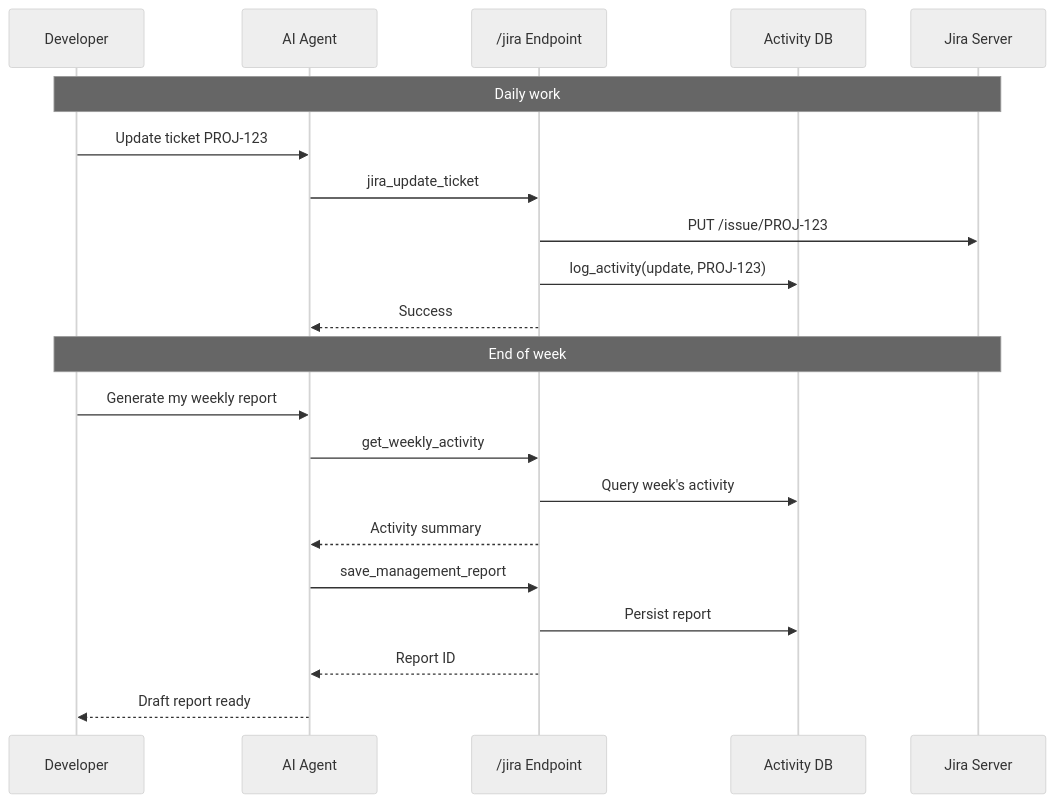
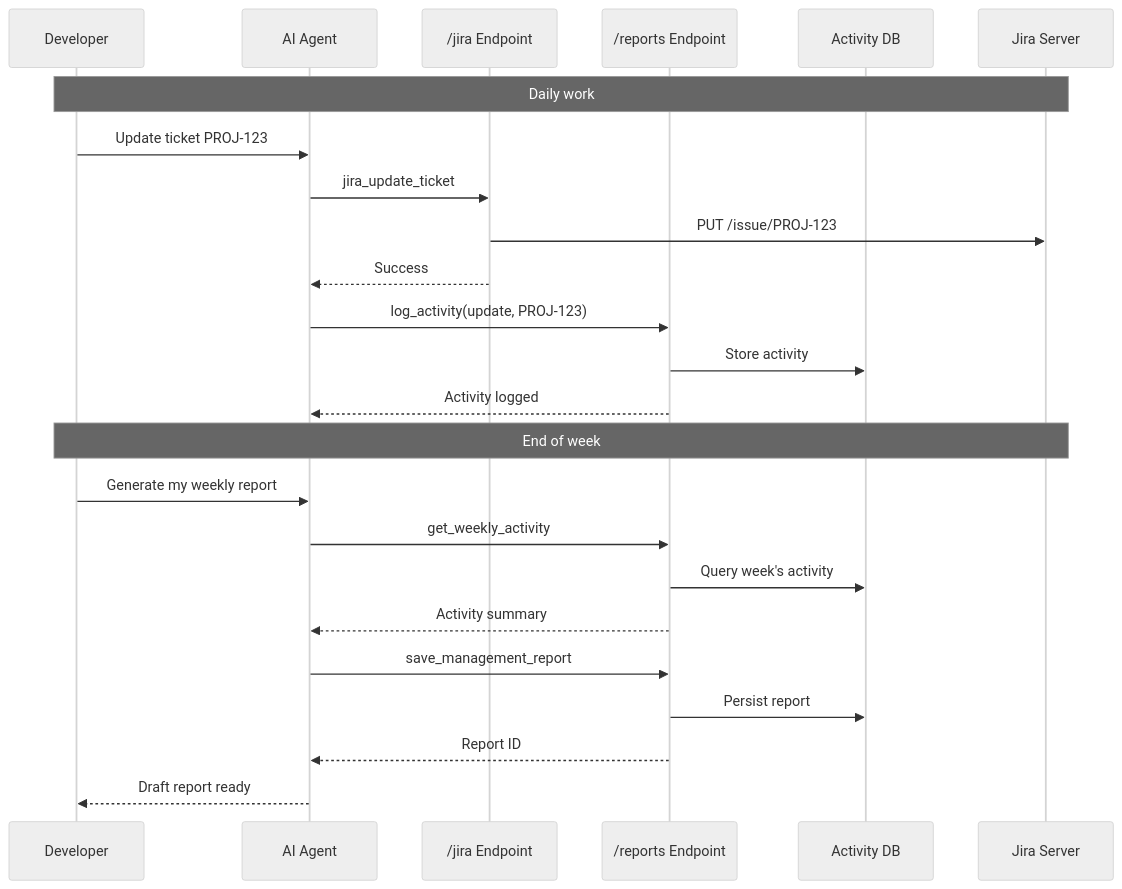
The second of 2 diagrams in README.md (nemerna/ghost), drawn with Mermaid (neutral theme) before and after one commit. The commit also changed other lines of this file and 1 other file, not shown here.

First line of the commit message:
refactor: extract reporting tools to dedicated /reports MCP endpoint

````diff
--- a/README.md
+++ b/README.md
@@ -77,25 +87,28 @@
 ```mermaid
 sequenceDiagram
     participant Dev as Developer
     participant IDE as AI Agent
-    participant MCP as /jira Endpoint
+    participant Jira as /jira Endpoint
+    participant Reports as /reports Endpoint
     participant DB as Activity DB
-    participant Jira as Jira Server
+    participant JiraAPI as Jira Server
 
-    Note over Dev,Jira: Daily work
+    Note over Dev,JiraAPI: Daily work
     Dev->>IDE: Update ticket PROJ-123
-    IDE->>MCP: jira_update_ticket
-    MCP->>Jira: PUT /issue/PROJ-123
-    MCP->>DB: log_activity(update, PROJ-123)
-    MCP-->>IDE: Success
+    IDE->>Jira: jira_update_ticket
+    Jira->>JiraAPI: PUT /issue/PROJ-123
+    Jira-->>IDE: Success
+    IDE->>Reports: log_activity(update, PROJ-123)
+    Reports->>DB: Store activity
+    Reports-->>IDE: Activity logged
 
-    Note over Dev,Jira: End of week
+    Note over Dev,JiraAPI: End of week
     Dev->>IDE: Generate my weekly report
-    IDE->>MCP: get_weekly_activity
-    MCP->>DB: Query week's activity
-    MCP-->>IDE: Activity summary
-    IDE->>MCP: save_management_report
-    MCP->>DB: Persist report
-    MCP-->>IDE: Report ID
+    IDE->>Reports: get_weekly_activity
+    Reports->>DB: Query week's activity
+    Reports-->>IDE: Activity summary
+    IDE->>Reports: save_management_report
+    Reports->>DB: Persist report
+    Reports-->>IDE: Report ID
     IDE-->>Dev: Draft report ready
 ```
````
